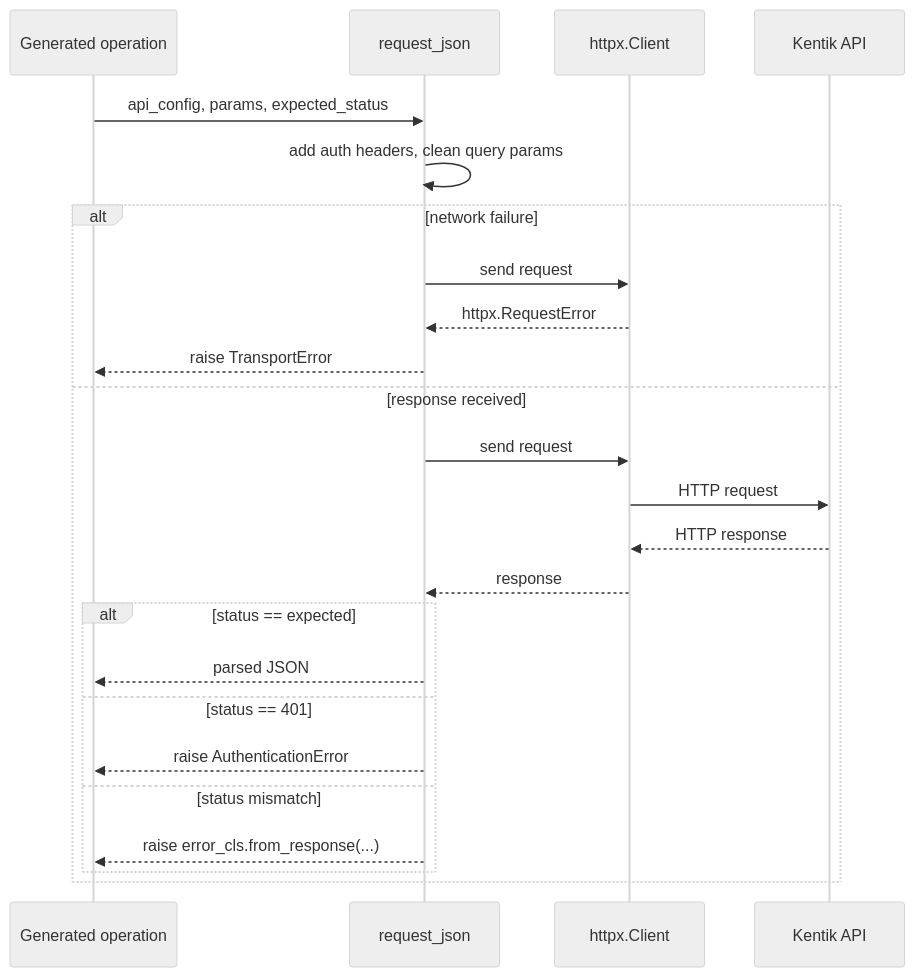
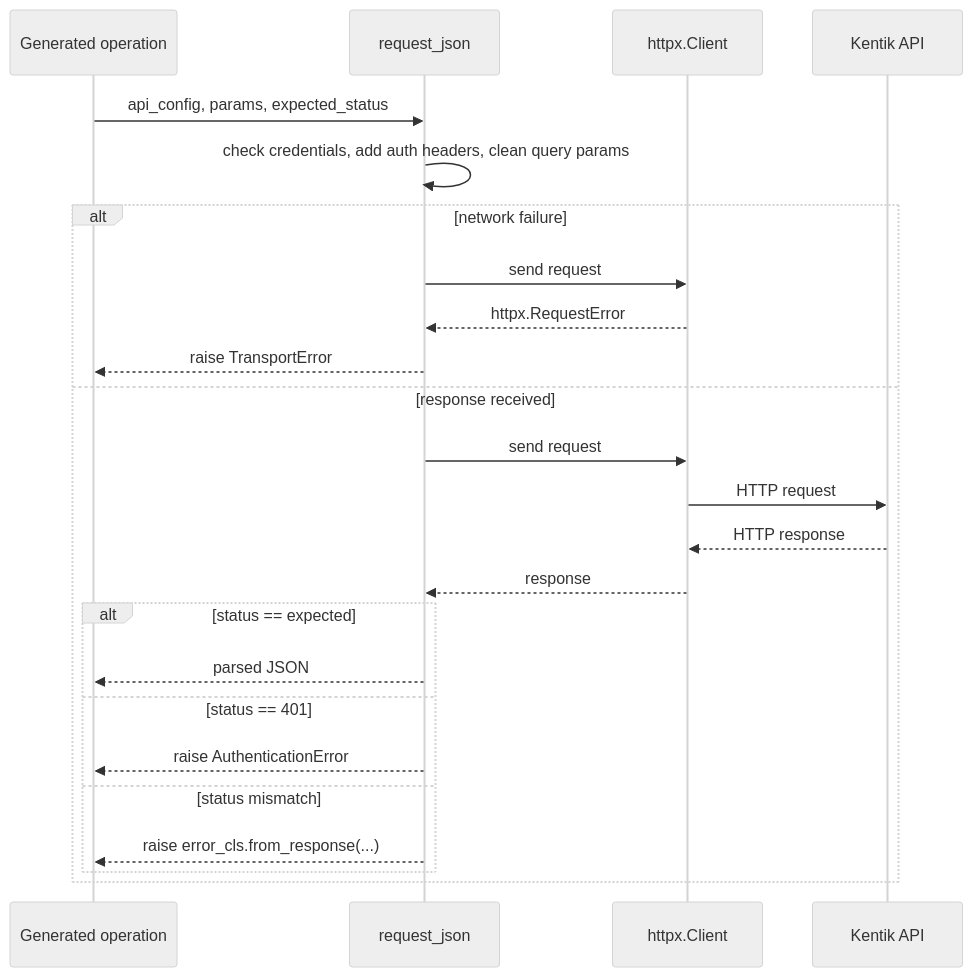
One commit to alexdearaujo/community_sdk_python changed the first of 2 diagrams in src/kentik_api/core/README.md. Above: the diagram before and after it, drawn with Mermaid (neutral theme). The commit also changed other lines of this file and 129 other files, not shown here.

````diff
--- a/src/kentik_api/core/README.md
+++ b/src/kentik_api/core/README.md
@@ -31,26 +31,27 @@
 ```mermaid
+%%{init: {"fontFamily": "ui-monospace, SFMono-Regular, Menlo, monospace", "flowchart": {"curve": "step", "nodeSpacing": 30, "rankSpacing": 70, "wrappingWidth": 400}}}%%
 sequenceDiagram
     participant Op as Generated operation
     participant RJ as request_json
     participant HX as httpx.Client
     participant API as Kentik API
     Op->>RJ: api_config, params, expected_status
-    RJ->>RJ: add auth headers, clean query params
+    RJ->>RJ: check credentials, add auth headers, clean query params
     alt network failure
         RJ->>HX: send request
         HX-->>RJ: httpx.RequestError
         RJ-->>Op: raise TransportError
     else response received
         RJ->>HX: send request
         HX->>API: HTTP request
         API-->>HX: HTTP response
         HX-->>RJ: response
         alt status == expected
             RJ-->>Op: parsed JSON
         else status == 401
             RJ-->>Op: raise AuthenticationError
         else status mismatch
             RJ-->>Op: raise error_cls.from_response(...)
         end
     end
 ```
````
